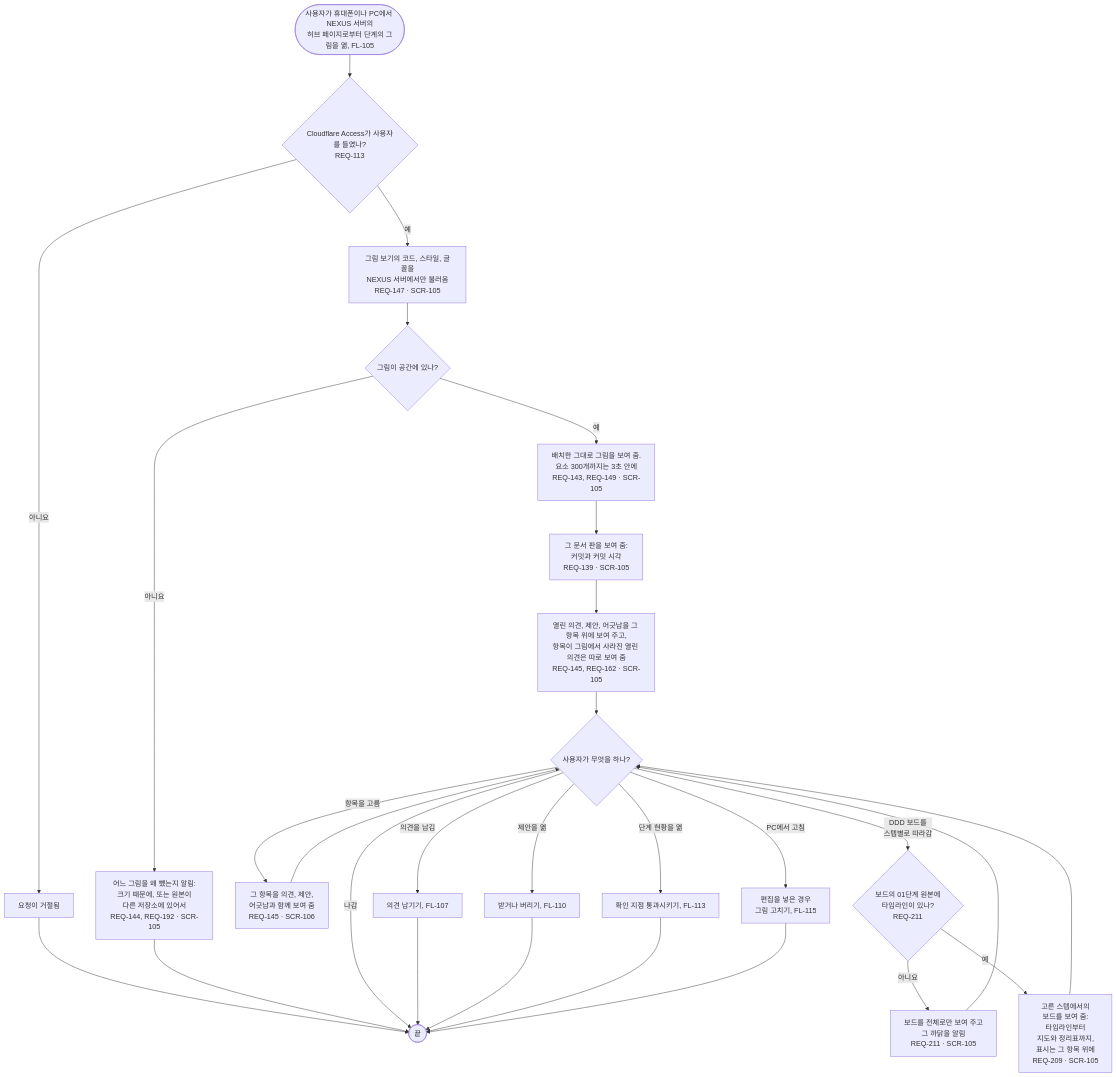
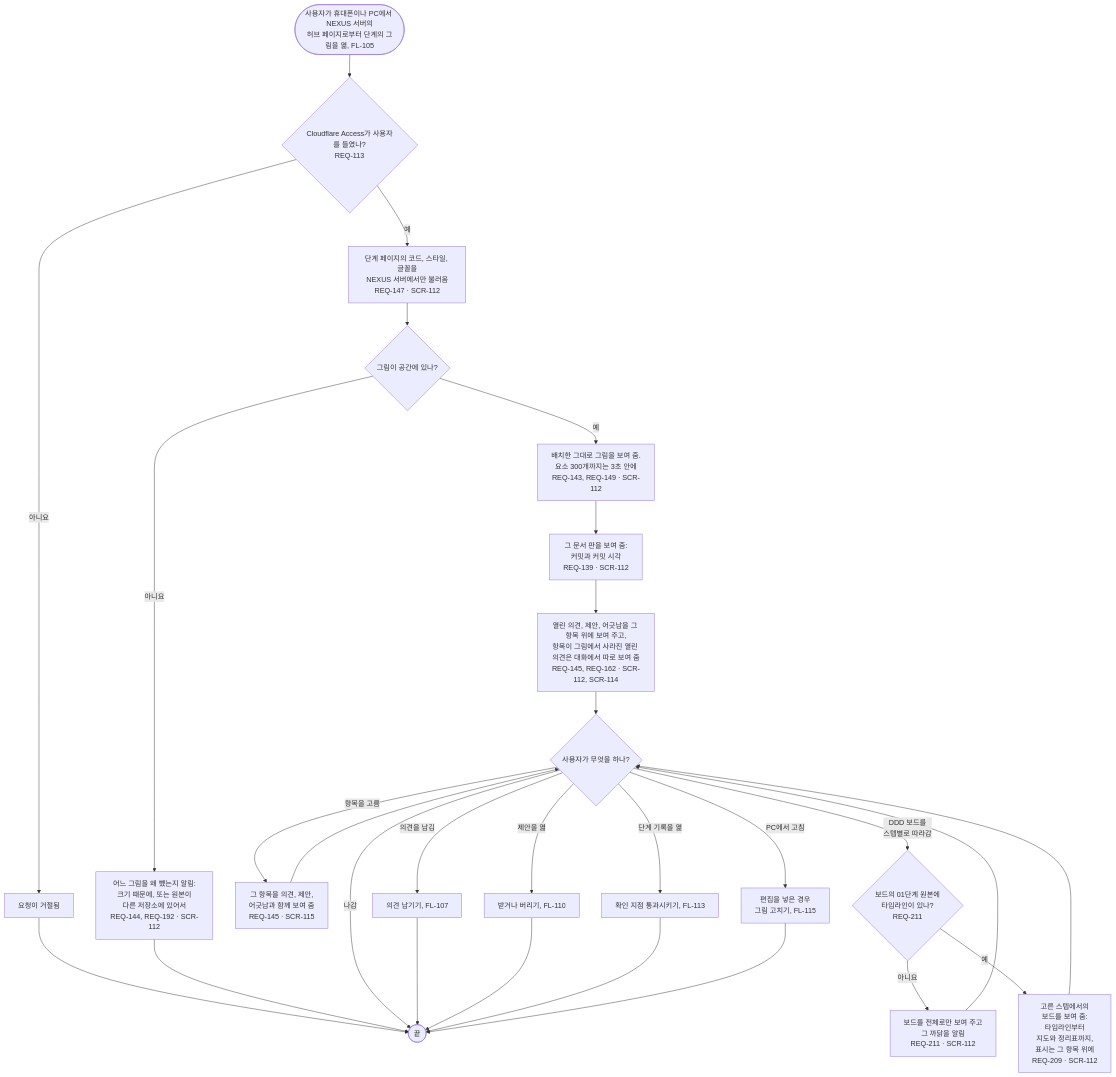
The diagram in docs/03-user-flow/nexus/FL-106-look-at-a-picture.ko.md (kodonghui/corthex-nexus), drawn with Mermaid before and after one commit. The commit also changed other lines of this file and 19 other files, not shown here.

First line of the commit message:
docs(nexus): remove 0.2's screens from the sitemap and name the redesign's in five flows (TASK-278)

````diff
--- a/docs/03-user-flow/nexus/FL-106-look-at-a-picture.ko.md
+++ b/docs/03-user-flow/nexus/FL-106-look-at-a-picture.ko.md
@@ -9,30 +9,30 @@
 ```mermaid
 flowchart TD
   A(["사용자가 휴대폰이나 PC에서 NEXUS 서버의<br/>허브 페이지로부터 단계의 그림을 엶, FL-105"]) --> B{"Cloudflare Access가 사용자를 들였나?<br/>REQ-113"}
   B -->|아니요| B1["요청이 거절됨"]
   B1 --> Z(["끝"])
-  B -->|예| C["그림 보기의 코드, 스타일, 글꼴을<br/>NEXUS 서버에서만 불러옴<br/>REQ-147 · SCR-105"]
+  B -->|예| C["단계 페이지의 코드, 스타일, 글꼴을<br/>NEXUS 서버에서만 불러옴<br/>REQ-147 · SCR-112"]
   C --> D{"그림이 공간에 있나?"}
-  D -->|아니요| D1["어느 그림을 왜 뺐는지 알림:<br/>크기 때문에, 또는 원본이<br/>다른 저장소에 있어서<br/>REQ-144, REQ-192 · SCR-105"]
+  D -->|아니요| D1["어느 그림을 왜 뺐는지 알림:<br/>크기 때문에, 또는 원본이<br/>다른 저장소에 있어서<br/>REQ-144, REQ-192 · SCR-112"]
   D1 --> Z
-  D -->|예| E["배치한 그대로 그림을 보여 줌.<br/>요소 300개까지는 3초 안에<br/>REQ-143, REQ-149 · SCR-105"]
-  E --> F["그 문서 판을 보여 줌:<br/>커밋과 커밋 시각<br/>REQ-139 · SCR-105"]
-  F --> G["열린 의견, 제안, 어긋남을 그 항목 위에 보여 주고,<br/>항목이 그림에서 사라진 열린 의견은 따로 보여 줌<br/>REQ-145, REQ-162 · SCR-105"]
+  D -->|예| E["배치한 그대로 그림을 보여 줌.<br/>요소 300개까지는 3초 안에<br/>REQ-143, REQ-149 · SCR-112"]
+  E --> F["그 문서 판을 보여 줌:<br/>커밋과 커밋 시각<br/>REQ-139 · SCR-112"]
+  F --> G["열린 의견, 제안, 어긋남을 그 항목 위에 보여 주고,<br/>항목이 그림에서 사라진 열린 의견은 대화에서 따로 보여 줌<br/>REQ-145, REQ-162 · SCR-112, SCR-114"]
   G --> I{"사용자가 무엇을 하나?"}
-  I -->|항목을 고름| J["그 항목을 의견, 제안,<br/>어긋남과 함께 보여 줌<br/>REQ-145 · SCR-106"]
+  I -->|항목을 고름| J["그 항목을 의견, 제안,<br/>어긋남과 함께 보여 줌<br/>REQ-145 · SCR-115"]
   J --> I
   I -->|DDD 보드를<br/>스텝별로 따라감| S{"보드의 01단계 원본에<br/>타임라인이 있나?<br/>REQ-211"}
-  S -->|아니요| S1["보드를 전체로만 보여 주고<br/>그 까닭을 알림<br/>REQ-211 · SCR-105"]
+  S -->|아니요| S1["보드를 전체로만 보여 주고<br/>그 까닭을 알림<br/>REQ-211 · SCR-112"]
   S1 --> I
-  S -->|예| S2["고른 스텝에서의<br/>보드를 보여 줌:<br/>타임라인부터<br/>지도와 정리표까지,<br/>표시는 그 항목 위에<br/>REQ-209 · SCR-105"]
+  S -->|예| S2["고른 스텝에서의<br/>보드를 보여 줌:<br/>타임라인부터<br/>지도와 정리표까지,<br/>표시는 그 항목 위에<br/>REQ-209 · SCR-112"]
   S2 --> I
   I -->|의견을 남김| K["의견 남기기, FL-107"]
   I -->|제안을 엶| L["받거나 버리기, FL-110"]
-  I -->|단계 현황을 엶| M["확인 지점 통과시키기, FL-113"]
+  I -->|단계 기록을 엶| M["확인 지점 통과시키기, FL-113"]
   I -->|PC에서 고침| P["편집을 넣은 경우<br/>그림 고치기, FL-115"]
   I -->|나감| Z
   K --> Z
   L --> Z
   M --> Z
   P --> Z
 ```
````
